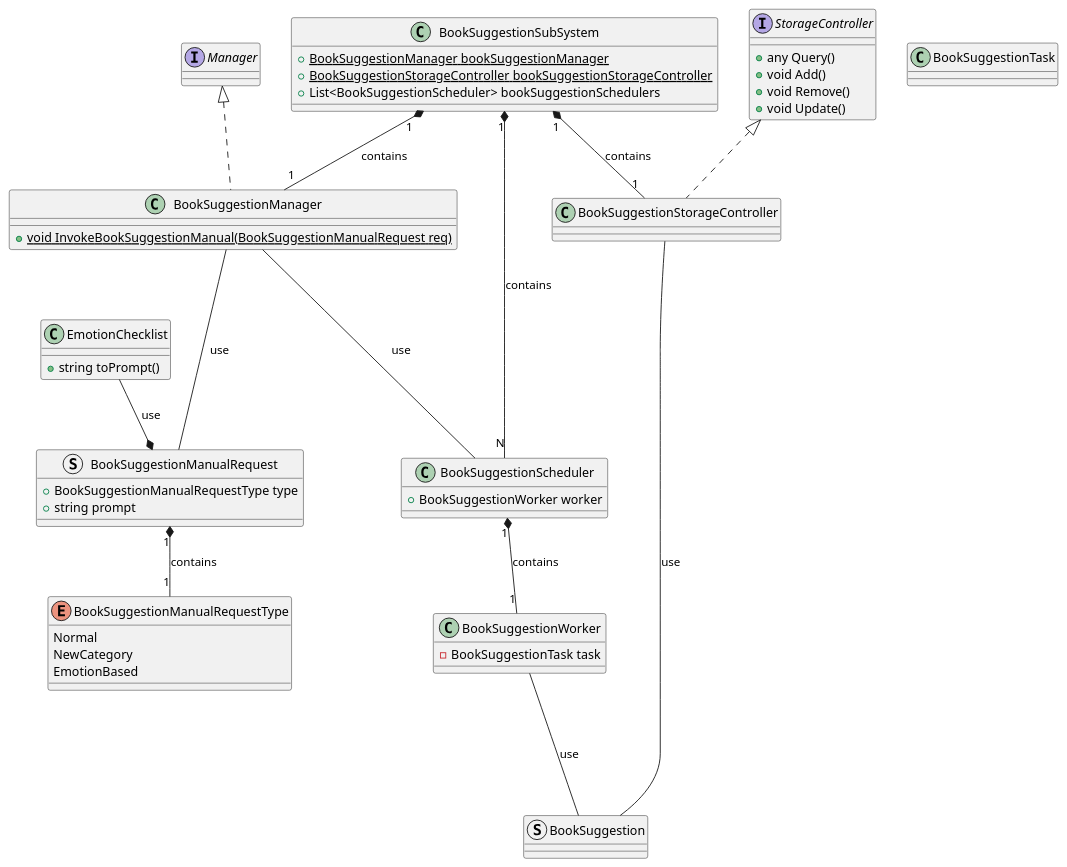
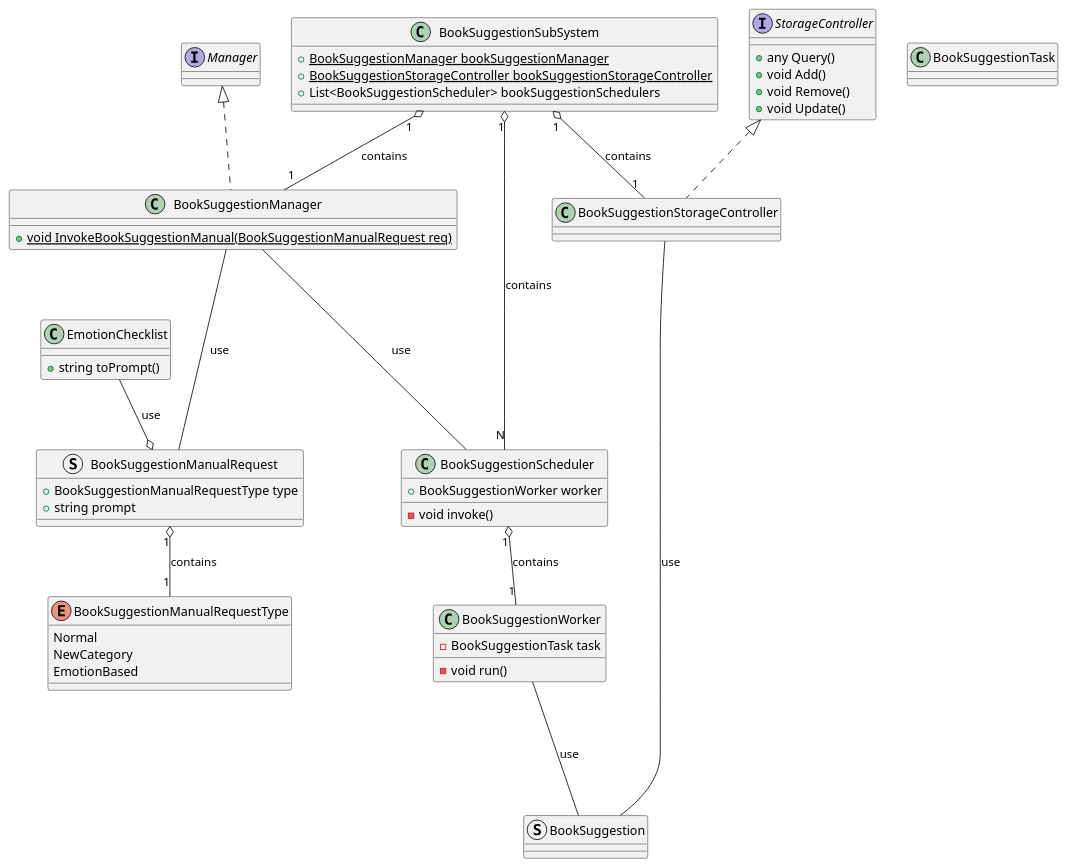
The diagram in src/BookSuggestion.puml (ShapeLayer/se-lecture-task__project-structure-definitions), drawn with PlantUML before and after one commit. The commit also changed 15 other files, not shown here.

```diff
--- a/src/BookSuggestion.puml
+++ b/src/BookSuggestion.puml
@@ -1,59 +1,61 @@
 @startuml
 Interface Manager
 Interface StorageController {
     + any Query()
     + void Add()
     + void Remove()
     + void Update()
 }
 
 class EmotionChecklist {
     + string toPrompt()
 }
 
 enum BookSuggestionManualRequestType {
     Normal
     NewCategory
     EmotionBased
 }
 struct BookSuggestionManualRequest {
     + BookSuggestionManualRequestType type
     + string prompt
 }
-BookSuggestionManualRequest "1" *-- "1" BookSuggestionManualRequestType : contains
-EmotionChecklist --* BookSuggestionManualRequest : use
+BookSuggestionManualRequest "1" o-- "1" BookSuggestionManualRequestType : contains
+EmotionChecklist --o BookSuggestionManualRequest : use
 
 struct BookSuggestion {}
 class BookSuggestionTask {}
 
 class BookSuggestionWorker {
     - BookSuggestionTask task
+    - void run()
 }
 BookSuggestionWorker --- BookSuggestion : use
 
 class BookSuggestionScheduler {
     + BookSuggestionWorker worker
+    - void invoke()
 }
 
-BookSuggestionScheduler "1" *-- "1" BookSuggestionWorker : contains
+BookSuggestionScheduler "1" o-- "1" BookSuggestionWorker : contains
 
 class BookSuggestionManager implements Manager {
     + {static} void InvokeBookSuggestionManual(BookSuggestionManualRequest req)
 }
 BookSuggestionManager --- BookSuggestionManualRequest : use
 BookSuggestionManager --- BookSuggestionScheduler : use
 
 class BookSuggestionStorageController implements StorageController {}
 BookSuggestionStorageController --- BookSuggestion : use
 
 class BookSuggestionSubSystem {
     + {static} BookSuggestionManager bookSuggestionManager
     + {static} BookSuggestionStorageController bookSuggestionStorageController
     + List<BookSuggestionScheduler> bookSuggestionSchedulers
 }
 
-BookSuggestionSubSystem "1" *-- "1" BookSuggestionManager : contains
-BookSuggestionSubSystem "1" *-- "1" BookSuggestionStorageController : contains
-BookSuggestionSubSystem "1" *-- "N" BookSuggestionScheduler : contains
+BookSuggestionSubSystem "1" o-- "1" BookSuggestionManager : contains
+BookSuggestionSubSystem "1" o-- "1" BookSuggestionStorageController : contains
+BookSuggestionSubSystem "1" o-- "N" BookSuggestionScheduler : contains
 
 @enduml
```
